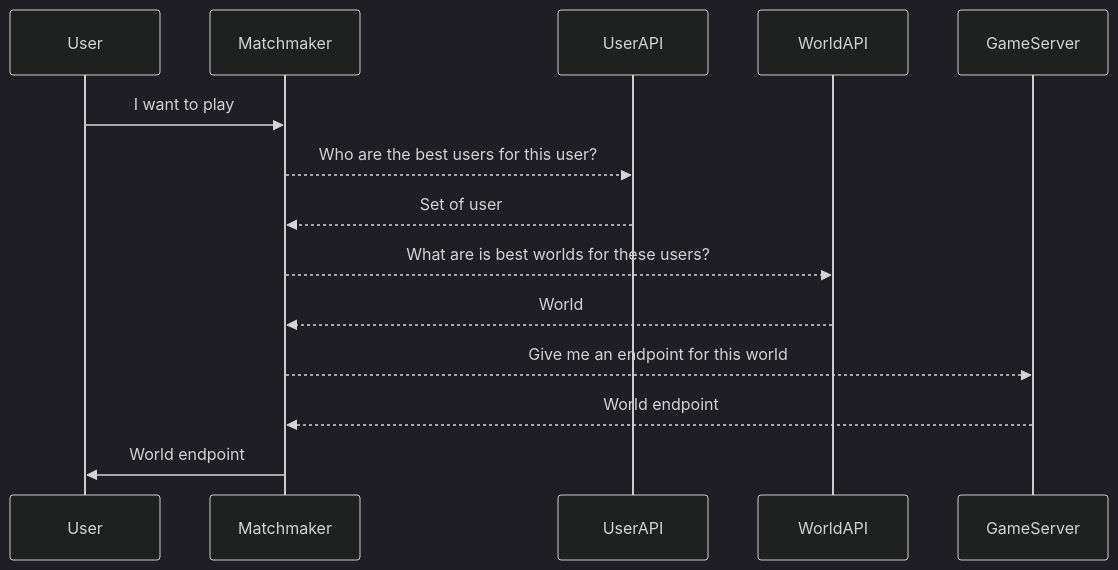
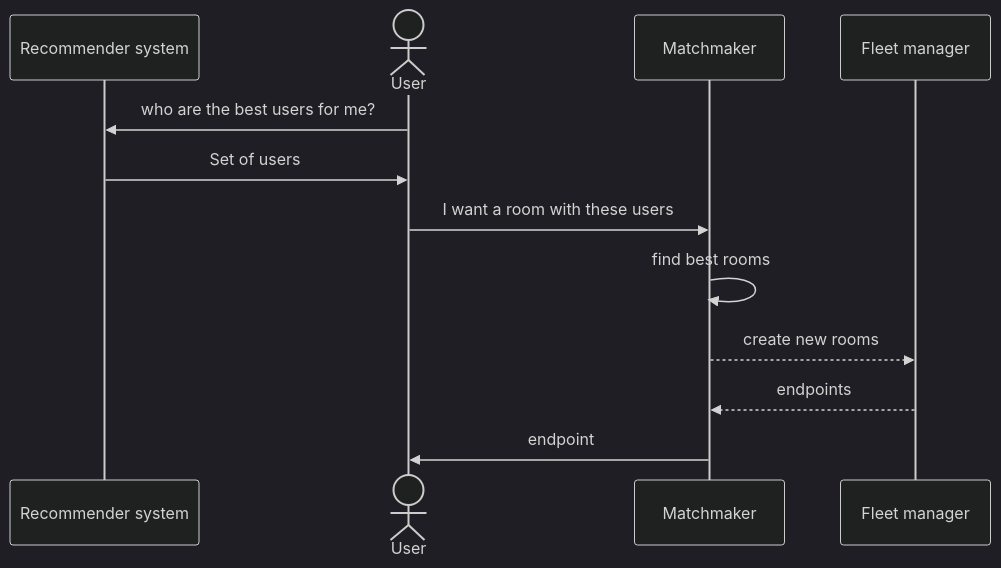
One commit to AdrKacz/super-duper-guacamole changed the third of 6 diagrams in README.md. Above: the diagram before and after it, drawn with Mermaid (dark theme). The commit also changed other lines of this file, not shown here.

Commit message:
update diagrams

````diff
--- a/README.md
+++ b/README.md
@@ -118,16 +118,14 @@
 ```mermaid
 sequenceDiagram
-    participant User
-    participant Matchmaker
-    participant UserAPI
-    participant WorldAPI
-    participant GameServer
-    User ->> Matchmaker : I want to play
-    Matchmaker -->> UserAPI : Who are the best users for this user?
-    UserAPI -->> Matchmaker : Set of user
-    Matchmaker -->> WorldAPI : What are is best worlds for these users?
-    WorldAPI -->> Matchmaker : World
-    Matchmaker -->> GameServer : Give me an endpoint for this world
-    GameServer -->> Matchmaker : World endpoint
-    Matchmaker ->> User : World endpoint
+    participant RS as Recommender system
+    actor User
+    participant MM as Matchmaker
+    participant FM as Fleet manager
+    User ->> RS: who are the best users for me?
+    RS ->> User: Set of users
+    User ->> MM: I want a room with these users
+    MM ->> MM: find best rooms
+    MM -->> FM : create new rooms
+    FM -->> MM : endpoints
+    MM ->> User : endpoint
 ```
````
